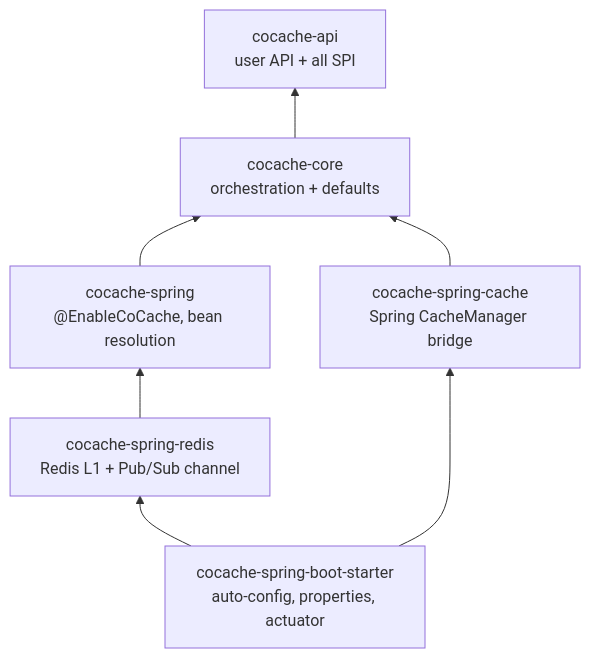
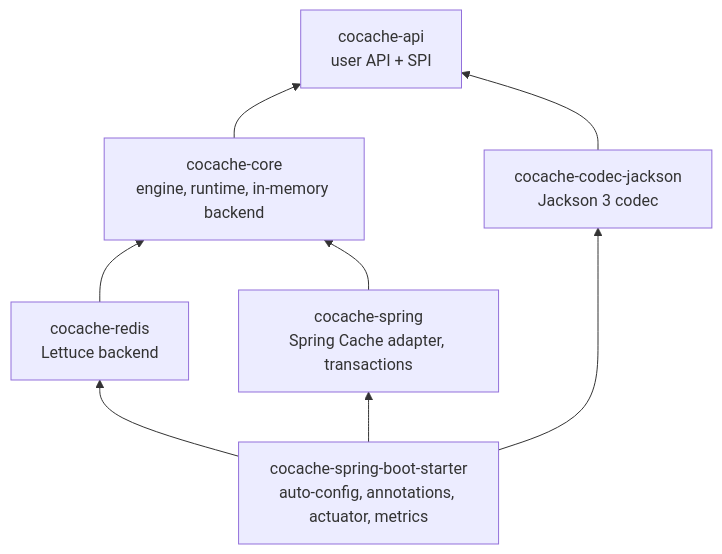
The first of 2 diagrams in wiki/architecture/index.md (Ahoo-Wang/CoCache), drawn with Mermaid before and after one commit. The commit also changed other lines of this file and 23 other files, not shown here.

````diff
--- a/wiki/architecture/index.md
+++ b/wiki/architecture/index.md
@@ -24,15 +24,16 @@
 ```mermaid
 flowchart BT
-    api["cocache-api<br>user API + all SPI"]
-    core["cocache-core<br>orchestration + defaults"]
-    spring["cocache-spring<br>@EnableCoCache, bean resolution"]
-    redis["cocache-spring-redis<br>Redis L1 + Pub/Sub channel"]
-    scache["cocache-spring-cache<br>Spring CacheManager bridge"]
-    starter["cocache-spring-boot-starter<br>auto-config, properties, actuator"]
+    api["cocache-api<br>user API + SPI"]
+    core["cocache-core<br>engine, runtime, in-memory backend"]
+    redis["cocache-redis<br>Lettuce backend"]
+    jackson["cocache-codec-jackson<br>Jackson 3 codec"]
+    spring["cocache-spring<br>Spring Cache adapter, transactions"]
+    starter["cocache-spring-boot-starter<br>auto-config, annotations, actuator, metrics"]
     core --> api
+    redis --> core
+    jackson --> api
     spring --> core
-    redis --> spring
-    scache --> core
+    starter --> spring
     starter --> redis
-    starter --> scache
+    starter --> jackson
 ```
````
